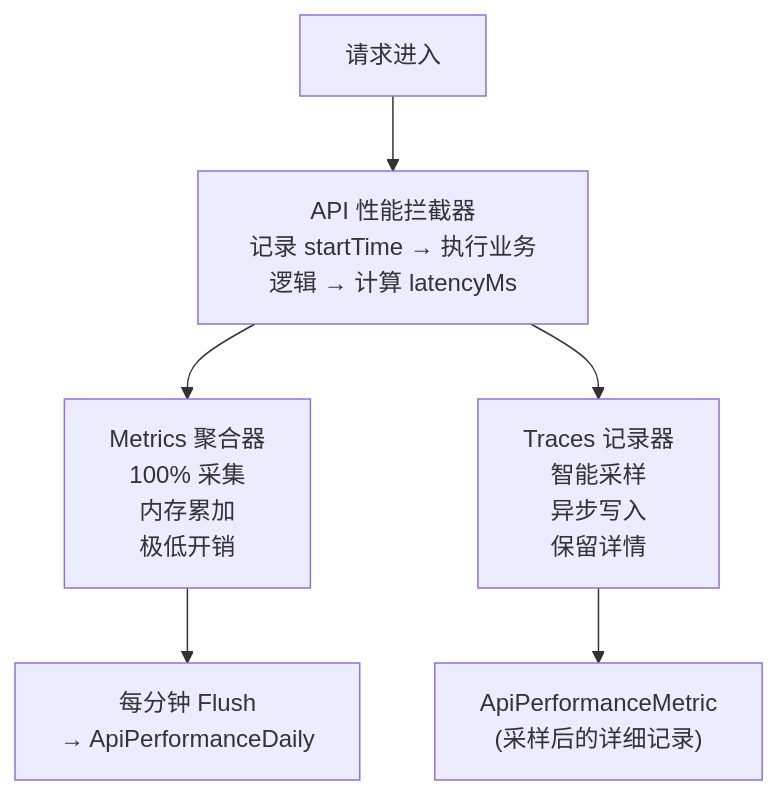
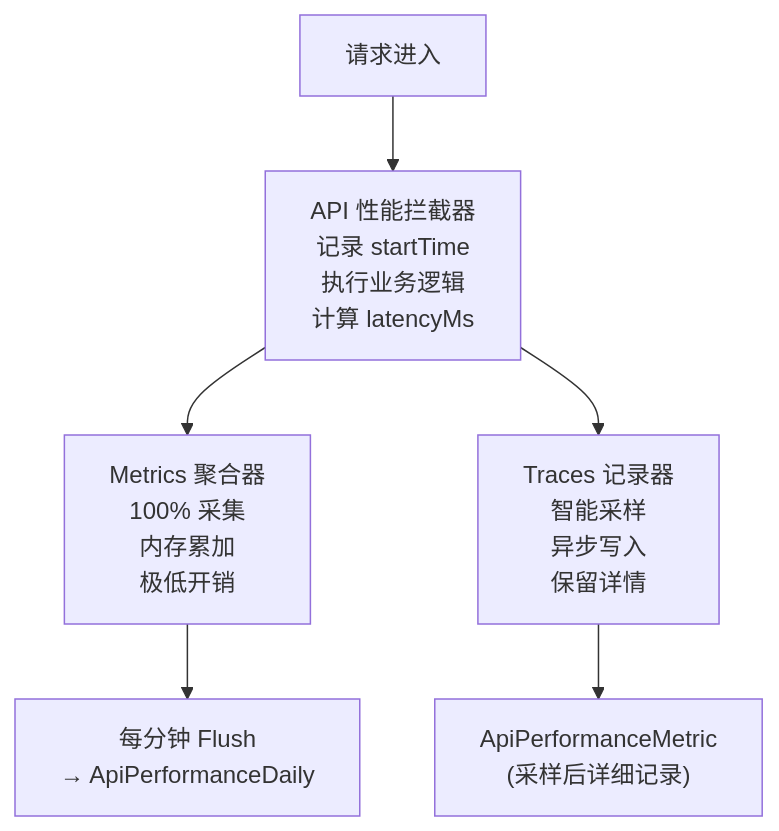
Before and after one commit to readmigo/docs: the first of 6 diagrams in 05-operations/monitoring/api-performance-collection.md, drawn with Mermaid. The commit also changed other lines of this file and 27 other files, not shown here.

First line of the commit message:
audit: remove code snippets, update to 2-env architecture across operations and pipeline docs

````diff
--- a/05-operations/monitoring/api-performance-collection.md
+++ b/05-operations/monitoring/api-performance-collection.md
@@ -34,8 +30,8 @@
 ```mermaid
 graph TD
-    A["请求进入"] --> B["API 性能拦截器<br>记录 startTime → 执行业务逻辑 → 计算 latencyMs"]
+    A["请求进入"] --> B["API 性能拦截器<br>记录 startTime<br>执行业务逻辑<br>计算 latencyMs"]
     B --> C["Metrics 聚合器<br>100% 采集<br>内存累加<br>极低开销"]
     B --> D["Traces 记录器<br>智能采样<br>异步写入<br>保留详情"]
     C --> E["每分钟 Flush<br>→ ApiPerformanceDaily"]
-    D --> F["ApiPerformanceMetric<br>(采样后的详细记录)"]
+    D --> F["ApiPerformanceMetric<br>(采样后详细记录)"]
 ```
````
